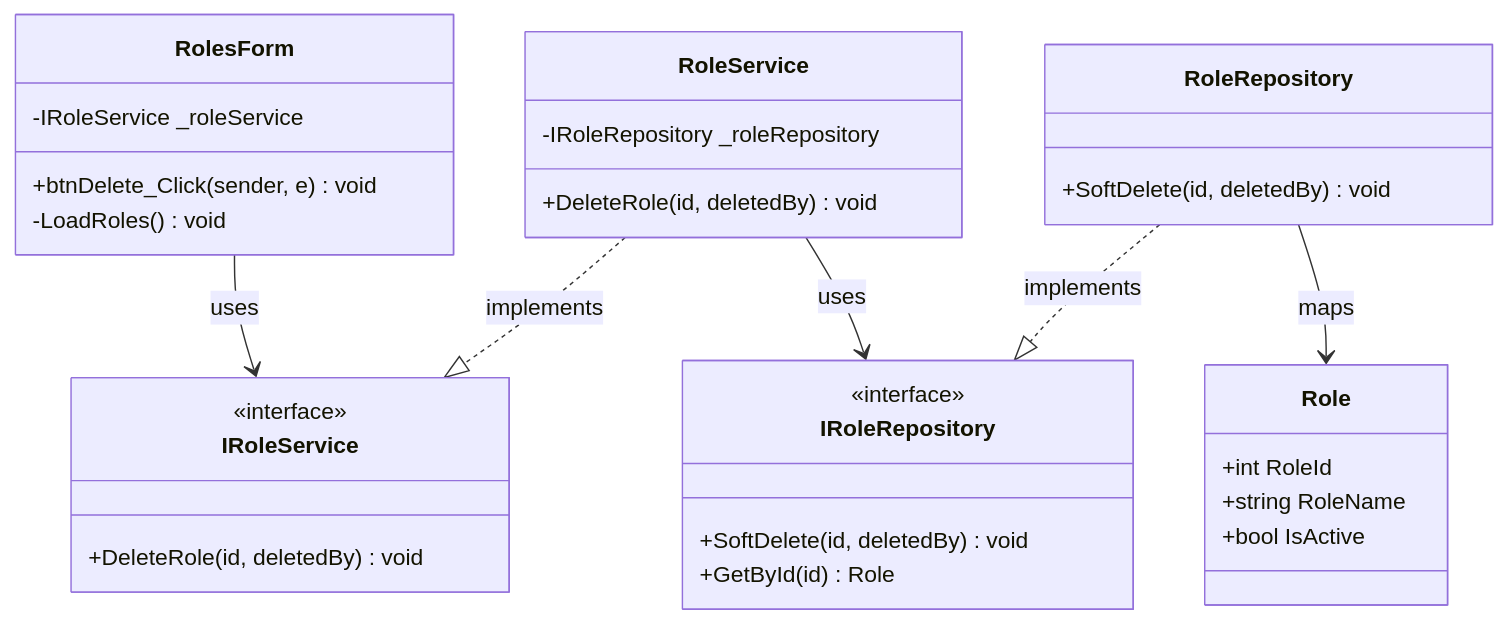
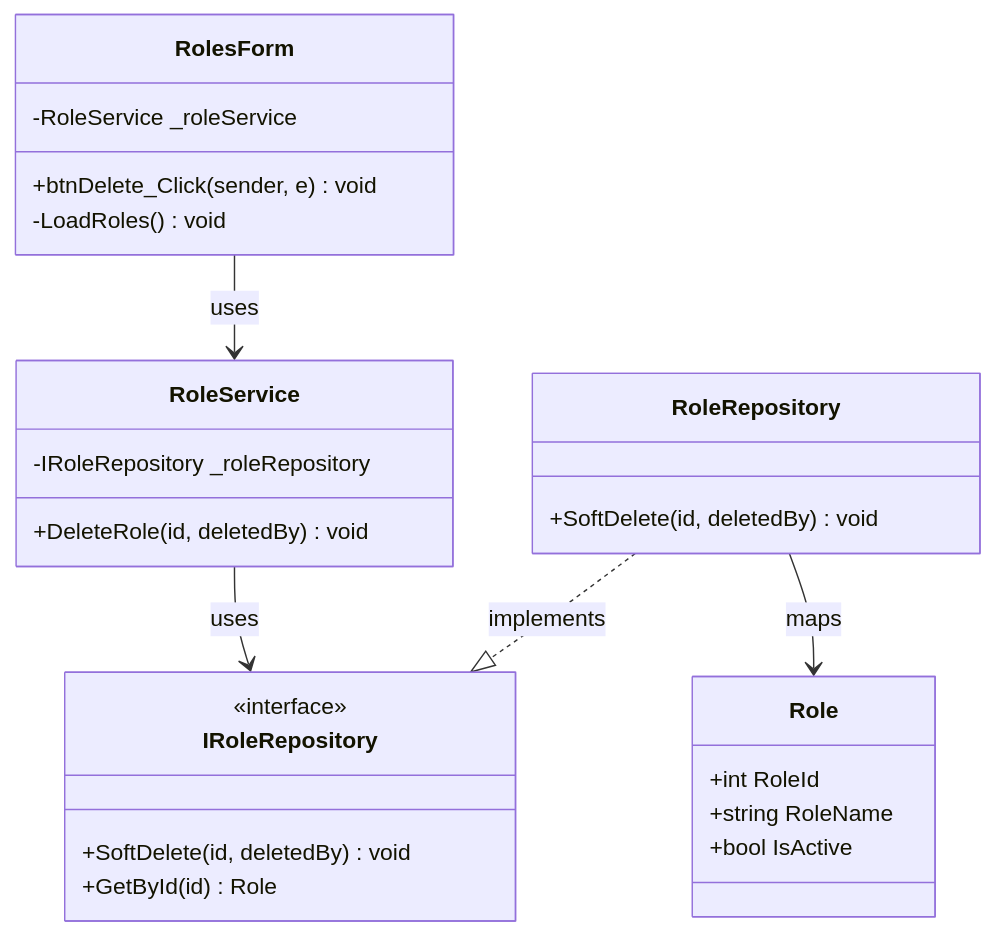
One commit to nahuk86/tp_diploma_nk_2026 changed the third of 18 diagrams in Documentation/UML_Diagrams/20_Roles_UseCases.md. Above: the diagram before and after it, drawn with Mermaid. The commit also changed other lines of this file and 1 other file, not shown here.

First line of the commit message:
docs: remove non-existent IUserService and IRoleService interface references

````diff
--- a/Documentation/UML_Diagrams/20_Roles_UseCases.md
+++ b/Documentation/UML_Diagrams/20_Roles_UseCases.md
@@ -123,40 +109,34 @@
 ```mermaid
 classDiagram
     class RolesForm {
-        -IRoleService _roleService
+        -RoleService _roleService
         +btnDelete_Click(sender, e) void
         -LoadRoles() void
-    }
-
-    class IRoleService {
-        <<interface>>
-        +DeleteRole(id, deletedBy) void
     }
 
     class RoleService {
         -IRoleRepository _roleRepository
         +DeleteRole(id, deletedBy) void
     }
 
     class IRoleRepository {
         <<interface>>
         +SoftDelete(id, deletedBy) void
         +GetById(id) Role
     }
 
     class RoleRepository {
         +SoftDelete(id, deletedBy) void
     }
 
     class Role {
         +int RoleId
         +string RoleName
         +bool IsActive
     }
 
-    RolesForm --> IRoleService : uses
-    RoleService ..|> IRoleService : implements
+    RolesForm --> RoleService : uses
     RoleService --> IRoleRepository : uses
     RoleRepository ..|> IRoleRepository : implements
     RoleRepository --> Role : maps
 ```
````
